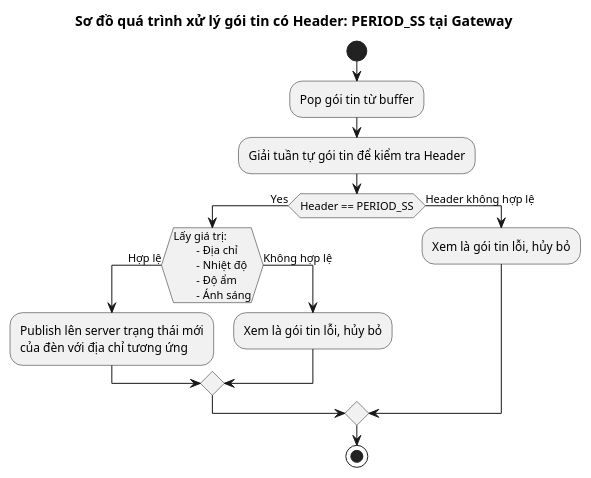
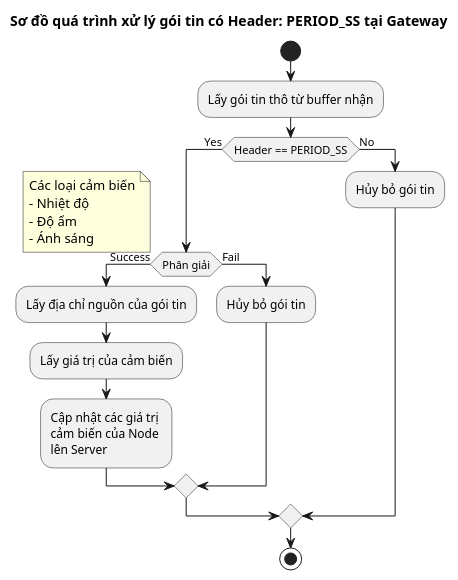
One commit to laduc11/light_system_iot changed the diagram in design/src/gateway_period.wsd. Above: the diagram before and after it, drawn with PlantUML. The commit also changed 10 other files, not shown here.

Commit message:
Refactor activity diagrams relate to mesage processing in node, gateway

```diff
--- a/design/src/gateway_period.wsd
+++ b/design/src/gateway_period.wsd
@@ -1,23 +1,27 @@
 @startuml gateway_ack
 title Sơ đồ quá trình xử lý gói tin có Header: PERIOD_SS tại Gateway
 
 start
-    :Pop gói tin từ buffer;
-    :Giải tuần tự gói tin để kiểm tra Header;
+    :Lấy gói tin thô từ buffer nhận;
 
     if (Header == PERIOD_SS) then (Yes)
-        if (Lấy giá trị:
-        - Địa chỉ
-        - Nhiệt độ
-        - Độ ẩm
-        - Ánh sáng) then (Hợp lệ)
-            :Publish lên server trạng thái mới
-            của đèn với địa chỉ tương ứng;
-        else (Không hợp lệ)
-            :Xem là gói tin lỗi, hủy bỏ;
+        if (Phân giải) then (Success)
+            note left
+                Các loại cảm biến
+                - Nhiệt độ
+                - Độ ẩm
+                - Ánh sáng
+            end note
+            :Lấy địa chỉ nguồn của gói tin;
+            :Lấy giá trị của cảm biến;
+            :Cập nhật các giá trị 
+            cảm biến của Node 
+            lên Server;
+        else (Fail)
+            :Hủy bỏ gói tin;
         endif
-    else (Header không hợp lệ)
-        :Xem là gói tin lỗi, hủy bỏ;
+    else (No)
+        :Hủy bỏ gói tin;
     endif
 stop
 @enduml
```
